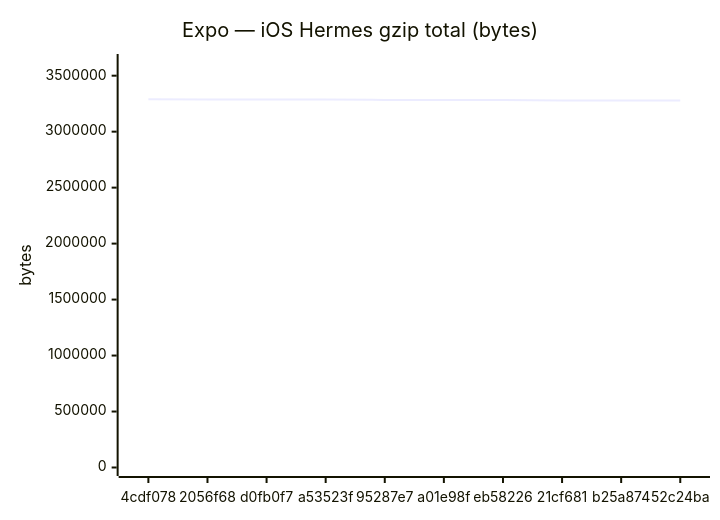
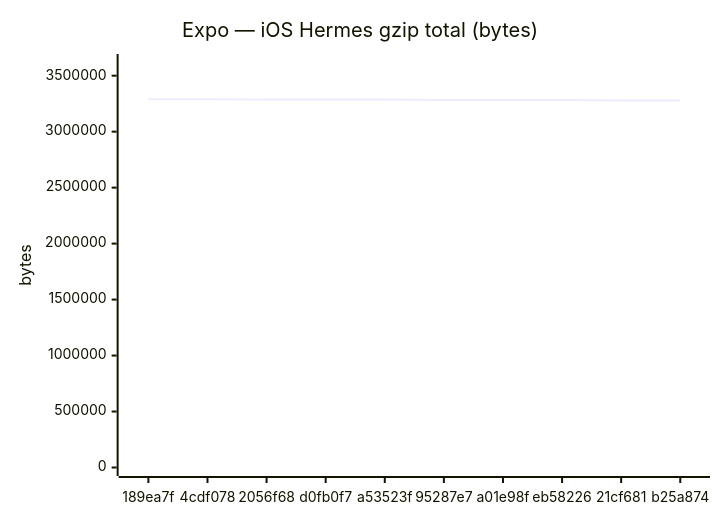
One commit to Metaheurist/Rianell changed the sixth of 18 diagrams in benchmarks/compare.md. Above: the diagram before and after it, drawn with Mermaid. The commit also changed other lines of this file and 11 other files, not shown here.

````diff
--- a/benchmarks/compare.md
+++ b/benchmarks/compare.md
@@ -96,7 +96,7 @@
 ```mermaid
 xychart-beta
     title "Expo — iOS Hermes gzip total (bytes)"
-    x-axis ["4cdf078", "2056f68", "d0fb0f7", "a53523f", "95287e7", "a01e98f", "eb58226", "21cf681", "b25a874", "52c24ba"]
+    x-axis ["189ea7f", "4cdf078", "2056f68", "d0fb0f7", "a53523f", "95287e7", "a01e98f", "eb58226", "21cf681", "b25a874"]
     y-axis "bytes" 0 --> 3617765
-    line [3288877, 3288270, 3288272, 3288270, 3283767, 3283770, 3283769, 3278198, 3278199, 3278191]
+    line [3288861, 3288877, 3288270, 3288272, 3288270, 3283767, 3283770, 3283769, 3278198, 3278199]
 ```
````
